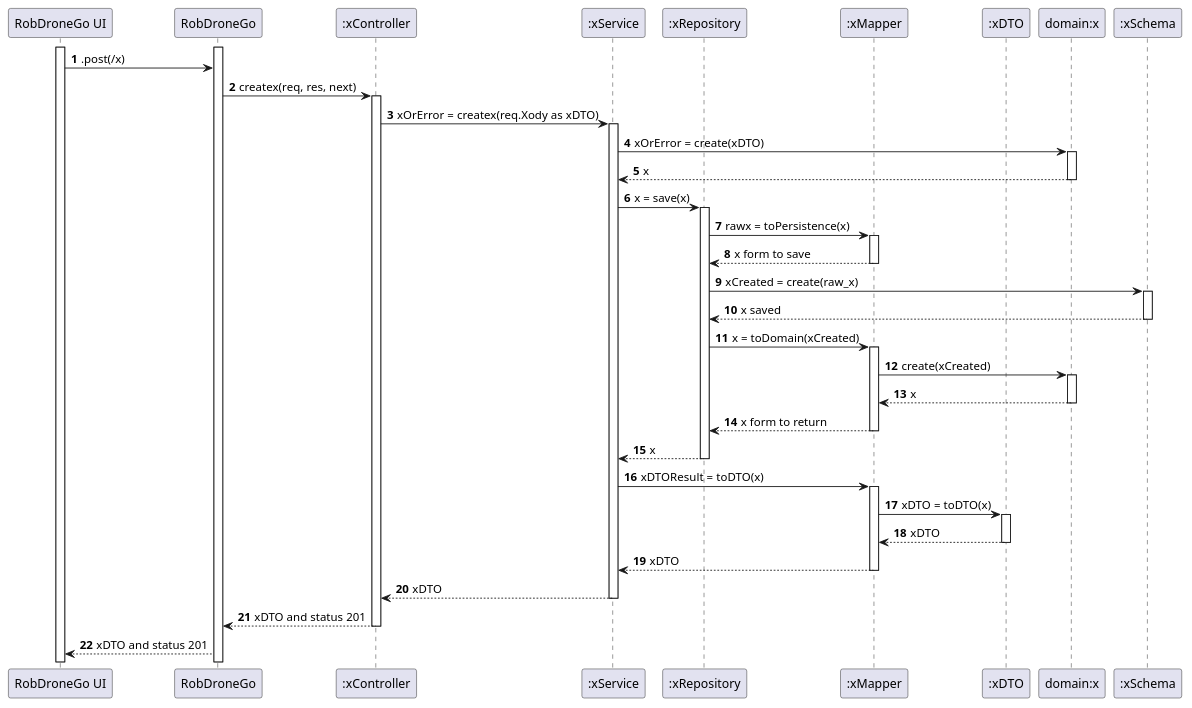
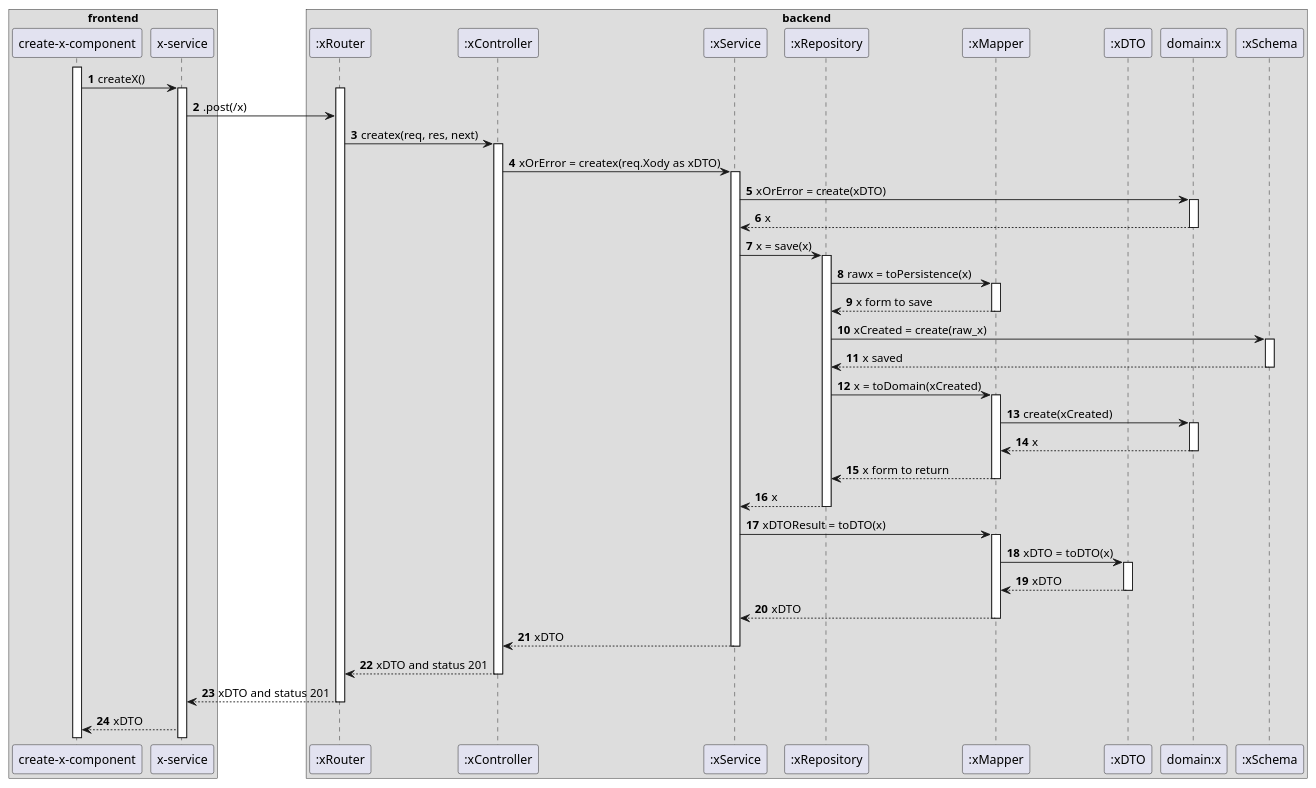
Before and after one commit to mpoboas/sem5-pi-23-24-38: the diagram in docs/nivel3/SSD3POST.puml, drawn with PlantUML. The commit also changed 32 other files, not shown here.

```diff
--- a/docs/nivel3/SSD3POST.puml
+++ b/docs/nivel3/SSD3POST.puml
@@ -1,61 +1,68 @@
-@startuml
+@startuml lvl3
 
 autonumber
-participant "RobDroneGo UI" as UI
-participant "RobDroneGo" as API
+box "frontend"
+participant "create-x-component" as COM
+participant "x-service" as UI
+end box
+box "backend"
+participant ":xRouter" as API
 participant ":xController" as XC
 participant ":xService" as XS
 participant ":xRepository" as XR
 participant ":xMapper" as XM
 participant ":xDTO" as DTO
 participant "domain:x" as X
 participant ":xSchema" as XSchema
-
-
+end box
+activate COM
+COM -> UI : createX()
 activate UI
 activate API
 UI -> API : .post(/x)
 API -> XC : createx(req, res, next)
 activate XC
 XC -> XS : xOrError = createx(req.Xody as xDTO)
 activate XS
 XS -> X : xOrError = create(xDTO)
 activate X
 X --> XS : x
 deactivate X
 XS -> XR : x = save(x)
 activate XR
 XR -> XM : rawx = toPersistence(x)
 activate XM
 XM --> XR : x form to save
 deactivate XM
 XR -> XSchema : xCreated = create(raw_x)
 activate XSchema
 XSchema --> XR : x saved
 deactivate XSchema
 deactivate XM
 XR -> XM : x = toDomain(xCreated)
 activate XM
 XM -> X : create(xCreated)
 activate X
 X --> XM : x
 deactivate X
 XM --> XR : x form to return
 deactivate XM
 XR --> XS : x
 deactivate XR
 XS -> XM : xDTOResult = toDTO(x)
 activate XM
 XM -> DTO : xDTO = toDTO(x)
 activate DTO
 DTO --> XM : xDTO
 deactivate DTO
 XM --> XS : xDTO
 deactivate XM
 XS --> XC : xDTO
 deactivate XS
 XC --> API : xDTO and status 201
 deactivate XC
 API --> UI : xDTO and status 201
+deactivate API
+UI --> COM : xDTO
 
 @enduml
```
